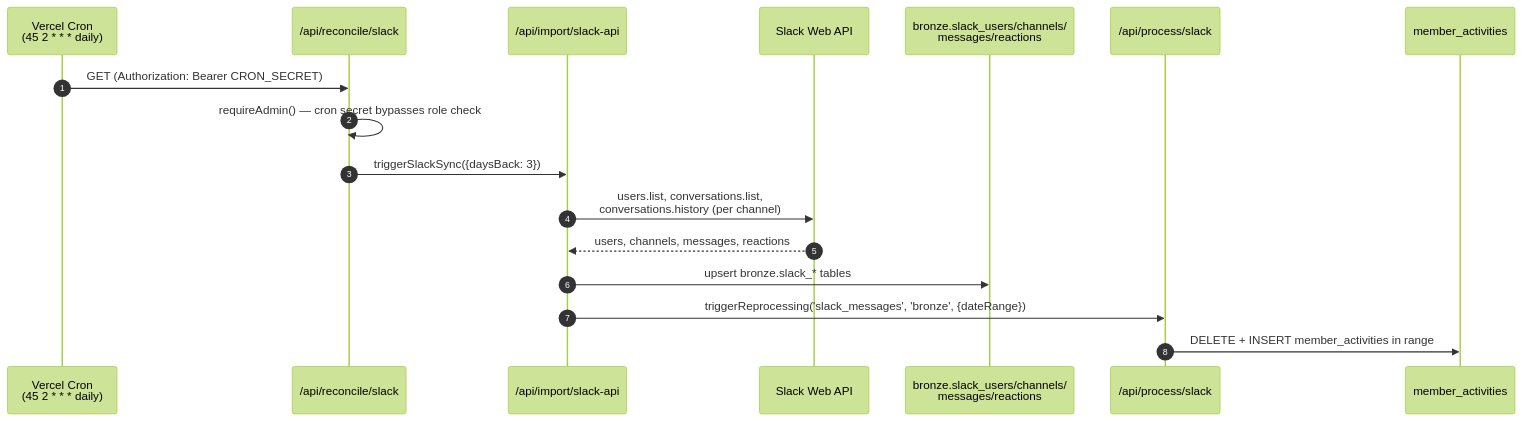
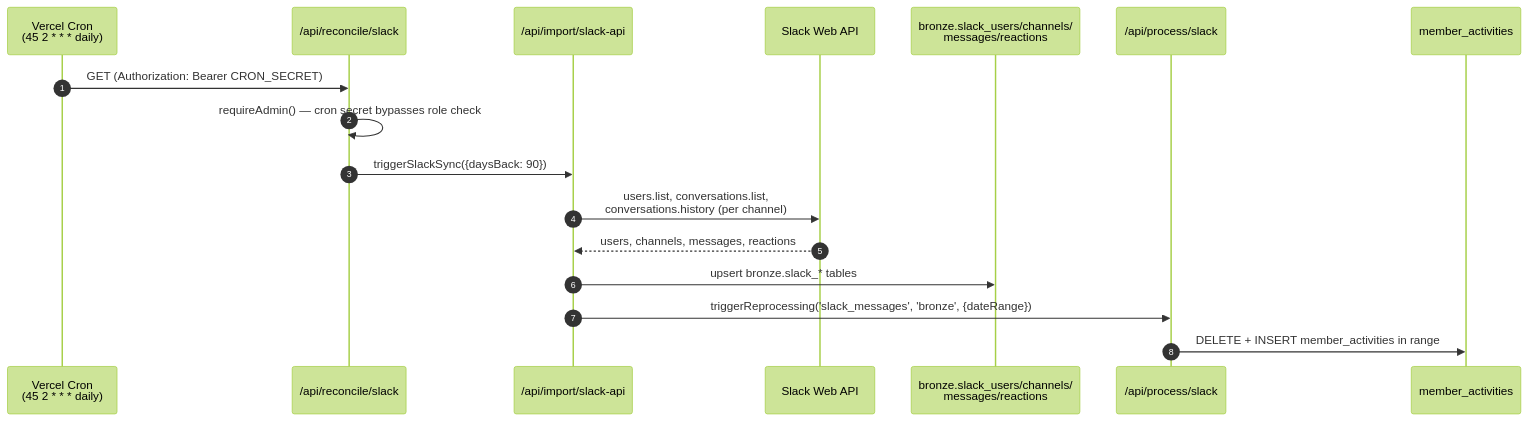
One commit to quillandcup/hub changed the fourth of 8 diagrams in docs/SEQUENCE_DIAGRAMS.md. Above: the diagram before and after it, drawn with Mermaid (forest theme). The commit also changed other lines of this file and 3 other files, not shown here.

First line of the commit message:
Widen Slack reconciliation window from 3 to 90 days

````diff
--- a/docs/SEQUENCE_DIAGRAMS.md
+++ b/docs/SEQUENCE_DIAGRAMS.md
@@ -110,20 +110,20 @@
 ```mermaid
 sequenceDiagram
     autonumber
     participant Cron as Vercel Cron<br/>(45 2 * * * daily)
     participant Recon as /api/reconcile/slack
     participant Import as /api/import/slack-api
     participant API as Slack Web API
     participant Bronze as bronze.slack_users/channels/<br/>messages/reactions
     participant Process as /api/process/slack
     participant Silver as member_activities
 
     Cron->>Recon: GET (Authorization: Bearer CRON_SECRET)
     Recon->>Recon: requireAdmin() — cron secret bypasses role check
-    Recon->>Import: triggerSlackSync({daysBack: 3})
+    Recon->>Import: triggerSlackSync({daysBack: 90})
     Import->>API: users.list, conversations.list,<br/>conversations.history (per channel)
     API-->>Import: users, channels, messages, reactions
     Import->>Bronze: upsert bronze.slack_* tables
     Import->>Process: triggerReprocessing('slack_messages', 'bronze', {dateRange})
     Process->>Silver: DELETE + INSERT member_activities in range
 ```
````
